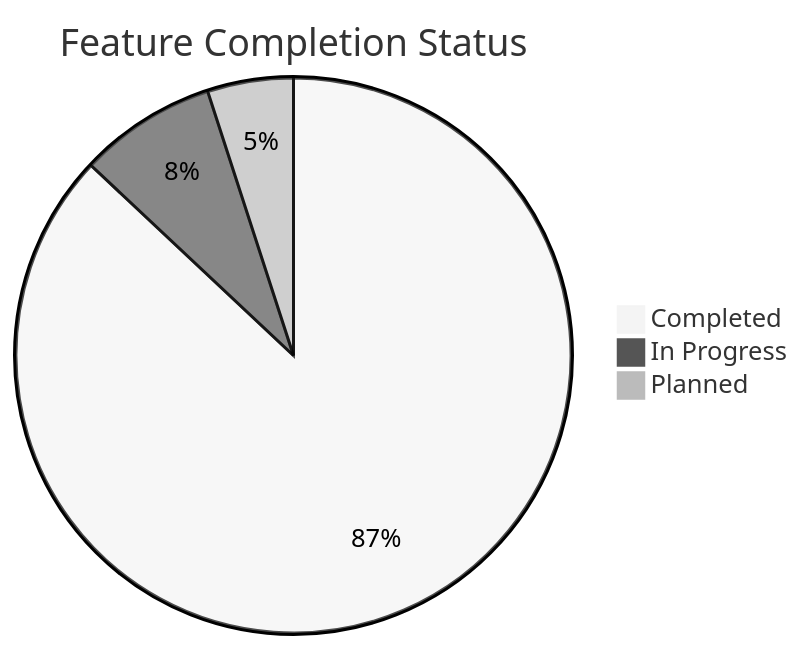
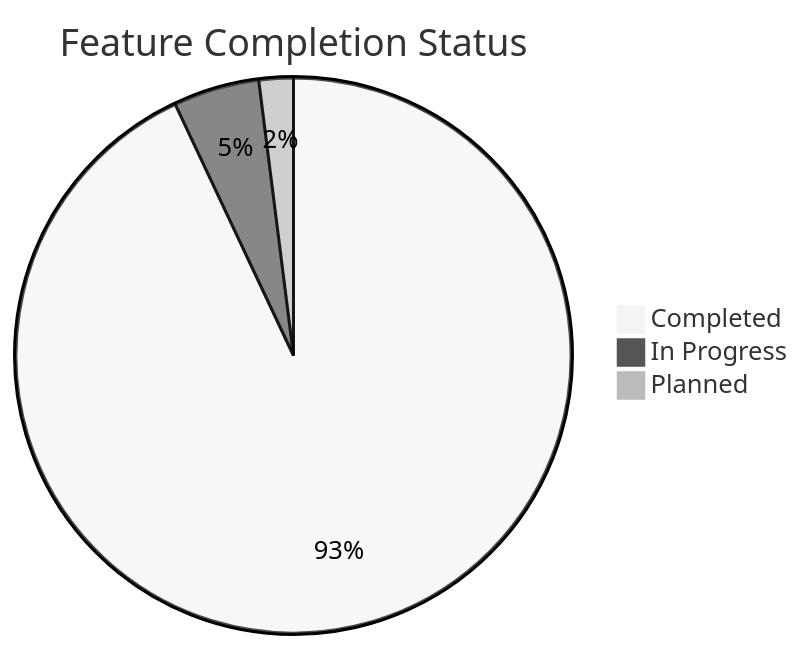
One commit to mrj0nesmtl/cloud-burst changed the second of 2 diagrams in docs/planning/roadmap.md. Above: the diagram before and after it, drawn with Mermaid (neutral theme). The commit also changed other lines of this file and 1 other file, not shown here.

Commit message:
Update STATUS_NOTES and roadmap to reflect Session 42 completion

````diff
--- a/docs/planning/roadmap.md
+++ b/docs/planning/roadmap.md
@@ -335,6 +344,6 @@
 ```mermaid
 pie title Feature Completion Status
-    "Completed" : 87
-    "In Progress" : 8
-    "Planned" : 5
+    "Completed" : 93
+    "In Progress" : 5
+    "Planned" : 2
 ```
````
